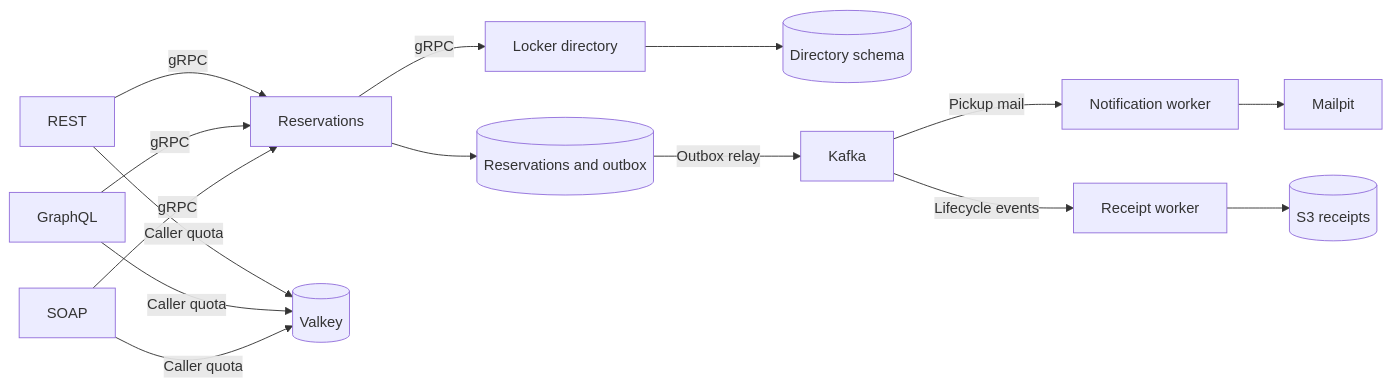
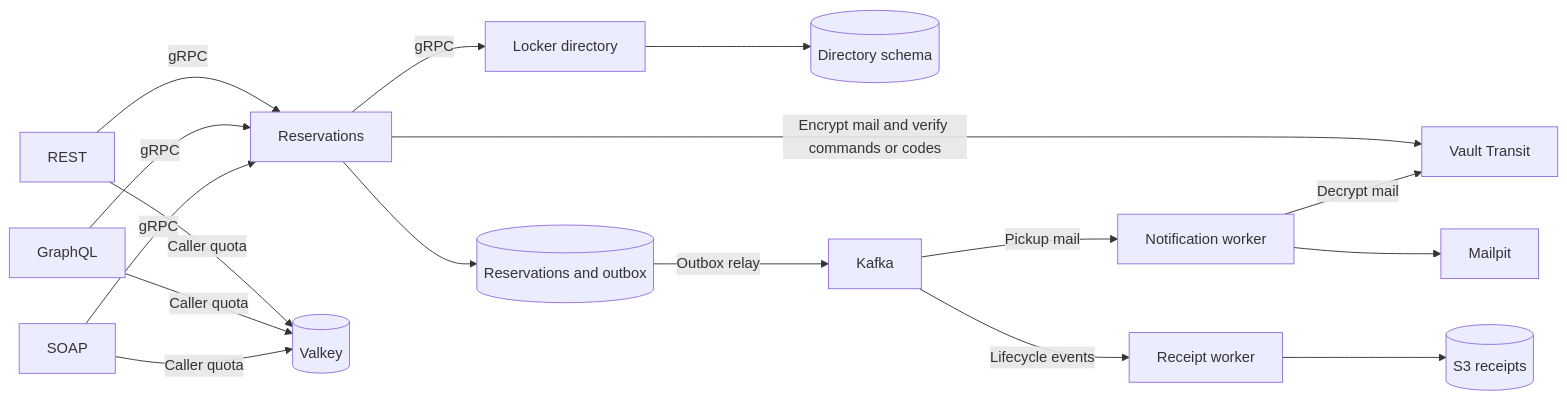
The diagram in README.md (onibaku789/java-assessment-labs), drawn with Mermaid before and after one commit. The commit also changed other lines of this file and 58 other files, not shown here.

Commit message:
Move pickup secrets to Vault Transit and validate gateway request IDs

````diff
--- a/README.md
+++ b/README.md
@@ -171,15 +171,17 @@
 ```mermaid
 flowchart LR
     R[REST] -->|gRPC| B[Reservations]
     G[GraphQL] -->|gRPC| B
     S[SOAP] -->|gRPC| B
     R & G & S -->|Caller quota| V[(Valkey)]
     B -->|gRPC| D[Locker directory]
     D --> DC[(Directory schema)]
     B --> DB[(Reservations and outbox)]
     DB -->|Outbox relay| K[Kafka]
     K -->|Pickup mail| N[Notification worker]
     K -->|Lifecycle events| A[Receipt worker]
+    B -->|Encrypt mail and verify commands or codes| T[Vault Transit]
+    N -->|Decrypt mail| T
     N --> M[Mailpit]
     A --> O[(S3 receipts)]
 ```
````
